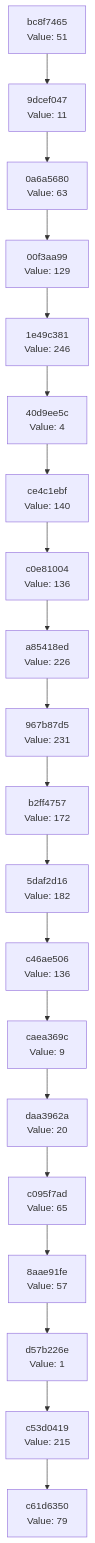
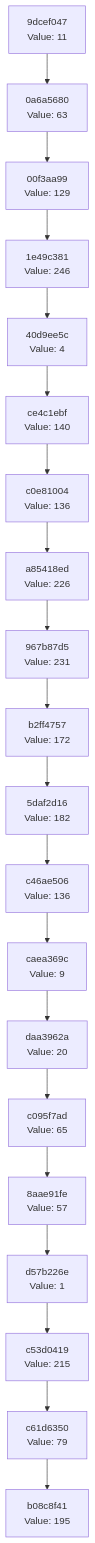
The diagram in docs/CHAIN_VISUALIZATION.md (Abhisheksinha1506/hash-chain-evolver), drawn with Mermaid before and after one commit. The commit also changed 2 other files, not shown here.

Commit message:
Evolution Step

````diff
--- a/docs/CHAIN_VISUALIZATION.md
+++ b/docs/CHAIN_VISUALIZATION.md
@@ -3,42 +3,42 @@
 ```mermaid
 graph TD
-    C0["c61d6350<br/>Value: 79"]
-    C1["c53d0419<br/>Value: 215"]
+    C0["b08c8f41<br/>Value: 195"]
+    C1["c61d6350<br/>Value: 79"]
     C1 --> C0
-    C2["d57b226e<br/>Value: 1"]
+    C2["c53d0419<br/>Value: 215"]
     C2 --> C1
-    C3["8aae91fe<br/>Value: 57"]
+    C3["d57b226e<br/>Value: 1"]
     C3 --> C2
-    C4["c095f7ad<br/>Value: 65"]
+    C4["8aae91fe<br/>Value: 57"]
     C4 --> C3
-    C5["daa3962a<br/>Value: 20"]
+    C5["c095f7ad<br/>Value: 65"]
     C5 --> C4
-    C6["caea369c<br/>Value: 9"]
+    C6["daa3962a<br/>Value: 20"]
     C6 --> C5
-    C7["c46ae506<br/>Value: 136"]
+    C7["caea369c<br/>Value: 9"]
     C7 --> C6
-    C8["5daf2d16<br/>Value: 182"]
+    C8["c46ae506<br/>Value: 136"]
     C8 --> C7
-    C9["b2ff4757<br/>Value: 172"]
+    C9["5daf2d16<br/>Value: 182"]
     C9 --> C8
-    C10["967b87d5<br/>Value: 231"]
+    C10["b2ff4757<br/>Value: 172"]
     C10 --> C9
-    C11["a85418ed<br/>Value: 226"]
+    C11["967b87d5<br/>Value: 231"]
     C11 --> C10
-    C12["c0e81004<br/>Value: 136"]
+    C12["a85418ed<br/>Value: 226"]
     C12 --> C11
-    C13["ce4c1ebf<br/>Value: 140"]
+    C13["c0e81004<br/>Value: 136"]
     C13 --> C12
-    C14["40d9ee5c<br/>Value: 4"]
+    C14["ce4c1ebf<br/>Value: 140"]
     C14 --> C13
-    C15["1e49c381<br/>Value: 246"]
+    C15["40d9ee5c<br/>Value: 4"]
     C15 --> C14
-    C16["00f3aa99<br/>Value: 129"]
+    C16["1e49c381<br/>Value: 246"]
     C16 --> C15
-    C17["0a6a5680<br/>Value: 63"]
+    C17["00f3aa99<br/>Value: 129"]
     C17 --> C16
-    C18["9dcef047<br/>Value: 11"]
+    C18["0a6a5680<br/>Value: 63"]
     C18 --> C17
-    C19["bc8f7465<br/>Value: 51"]
+    C19["9dcef047<br/>Value: 11"]
     C19 --> C18
 ```
````
